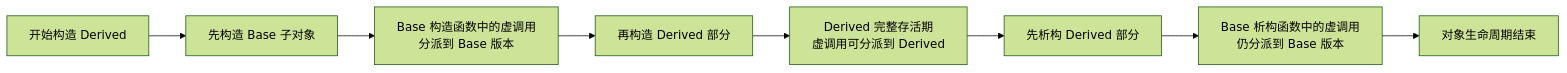
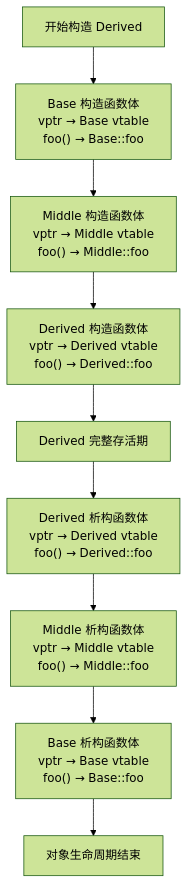
One commit to Fizgrad/fizgrad.github.io changed the tenth of 25 diagrams in blog/cpp_review.md. Above: the diagram before and after it, drawn with Mermaid (forest theme). The commit also changed other lines of this file and 31 other files, not shown here.

````diff
--- a/blog/cpp_review.md
+++ b/blog/cpp_review.md
@@ -1506,10 +2459,11 @@
 ```mermaid
-flowchart LR
-    A["开始构造 Derived"] --> B["先构造 Base 子对象"]
-    B --> C["Base 构造函数中的虚调用<br/>分派到 Base 版本"]
-    C --> D["再构造 Derived 部分"]
-    D --> E["Derived 完整存活期<br/>虚调用可分派到 Derived"]
-    E --> F["先析构 Derived 部分"]
-    F --> G["Base 析构函数中的虚调用<br/>仍分派到 Base 版本"]
-    G --> H["对象生命周期结束"]
+flowchart TD
+    A["开始构造 Derived"] --> B["Base 构造函数体<br/>vptr → Base vtable<br/>foo() → Base::foo"]
+    B --> C["Middle 构造函数体<br/>vptr → Middle vtable<br/>foo() → Middle::foo"]
+    C --> D["Derived 构造函数体<br/>vptr → Derived vtable<br/>foo() → Derived::foo"]
+    D --> E["Derived 完整存活期"]
+    E --> F["Derived 析构函数体<br/>vptr → Derived vtable<br/>foo() → Derived::foo"]
+    F --> G["Middle 析构函数体<br/>vptr → Middle vtable<br/>foo() → Middle::foo"]
+    G --> H["Base 析构函数体<br/>vptr → Base vtable<br/>foo() → Base::foo"]
+    H --> I["对象生命周期结束"]
 ```
````
